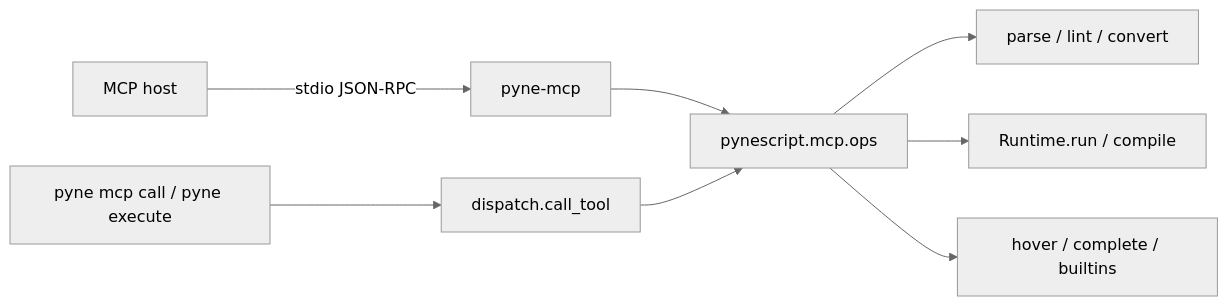
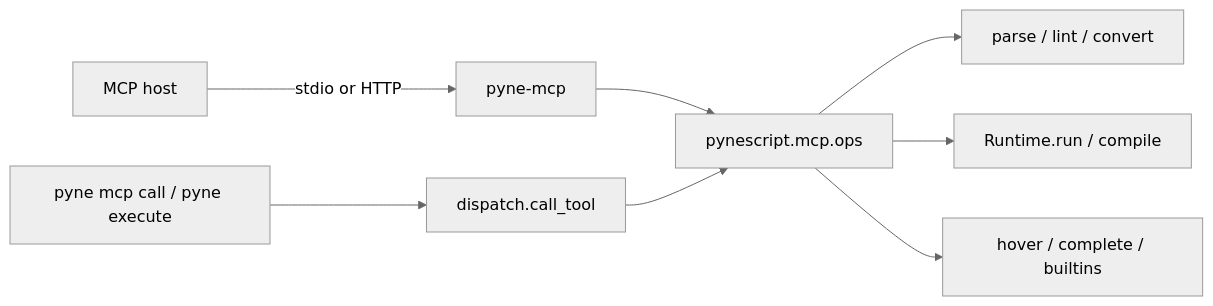
The diagram in docs/pyne/enduser/guides/mcp.mdx (hoox-sh/pyne), drawn with Mermaid (neutral theme) before and after one commit. The commit also changed other lines of this file and 96 other files, not shown here.

````diff
--- a/docs/pyne/enduser/guides/mcp.mdx
+++ b/docs/pyne/enduser/guides/mcp.mdx
@@ -33,10 +33,10 @@
 ```mermaid
 flowchart LR
-  A[MCP host] -->|stdio JSON-RPC| S[pyne-mcp]
+  A[MCP host] -->|stdio or HTTP| S[pyne-mcp]
   CLI["pyne mcp call / pyne execute"] --> D[dispatch.call_tool]
   S --> O[pynescript.mcp.ops]
   D --> O
   O --> AST[parse / lint / convert]
   O --> RT[Runtime.run / compile]
   O --> LSP[hover / complete / builtins]
 ```
````
